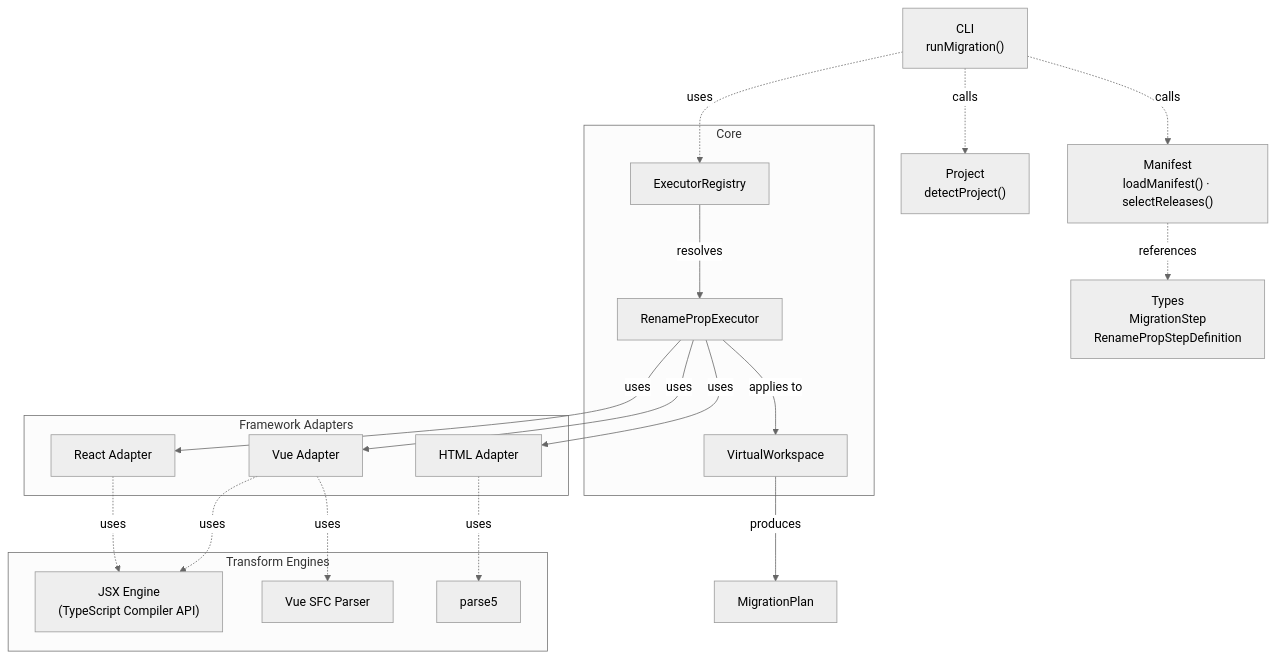
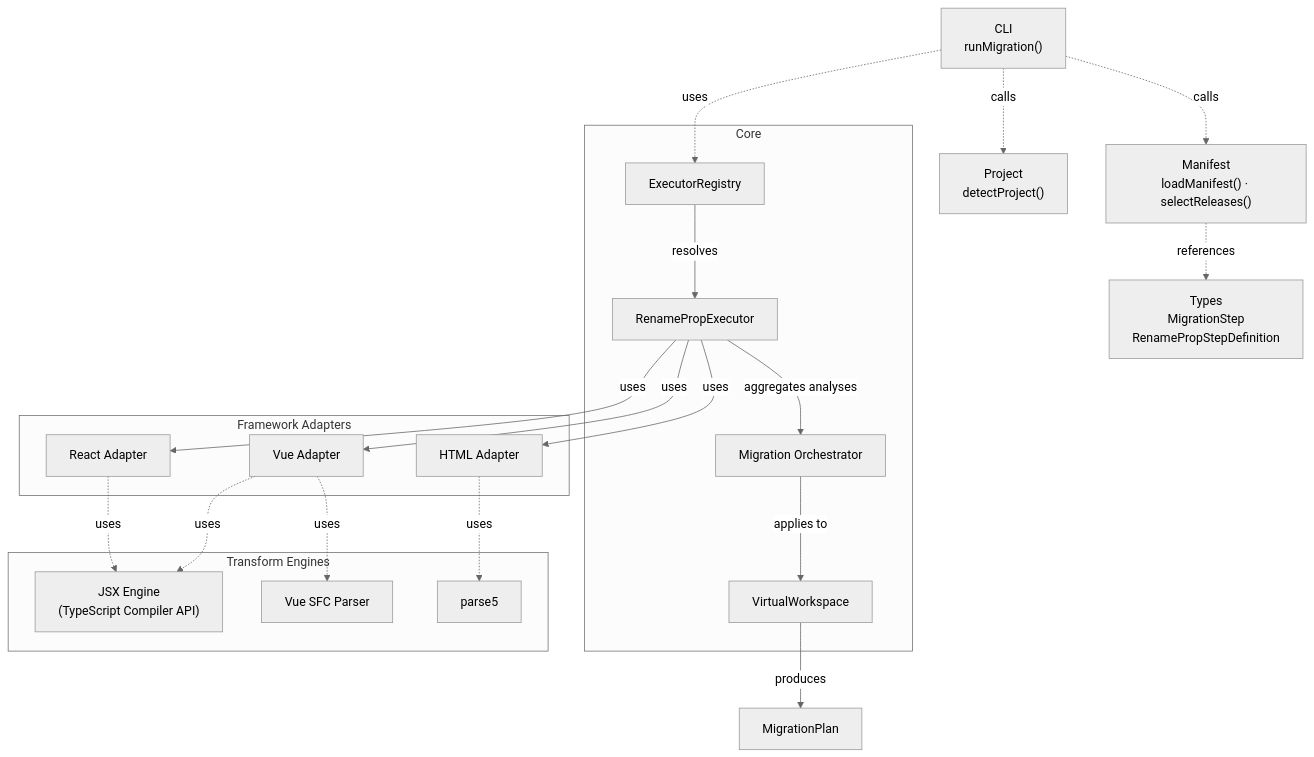
One commit to Infineon/infineon-design-system-stencil changed the first of 2 diagrams in packages/migrations/DOCS.md. Above: the diagram before and after it, drawn with Mermaid (neutral theme). The commit also changed other lines of this file and 8 other files, not shown here.

First line of the commit message:
feat(migrations): enhance migration process with orchestrator and refined diagnostics

````diff
--- a/packages/migrations/DOCS.md
+++ b/packages/migrations/DOCS.md
@@ -25,44 +28,46 @@
 ```mermaid
 flowchart TD
     CLI["CLI\nrunMigration()"]
     Manifest["Manifest\nloadManifest() · selectReleases()"]
     Project["Project\ndetectProject()"]
     Types["Types\nMigrationStep\nRenamePropStepDefinition"]
 
     subgraph core["Core"]
         Registry["ExecutorRegistry"]
         Executor["RenamePropExecutor"]
+        Orchestrator["Migration Orchestrator"]
         Workspace["VirtualWorkspace"]
     end
 
     subgraph adapters["Framework Adapters"]
         HTML["HTML Adapter"]
         React["React Adapter"]
         Vue["Vue Adapter"]
     end
 
     subgraph engines["Transform Engines"]
         JSX["JSX Engine\n(TypeScript Compiler API)"]
         VueSFC["Vue SFC Parser"]
         Parse5["parse5"]
     end
 
     CLI -.->|calls| Manifest
     CLI -.->|calls| Project
     CLI -.->|uses| Registry
 
     Registry -->|resolves| Executor
     Executor -->|uses| HTML
     Executor -->|uses| React
     Executor -->|uses| Vue
 
     HTML -.->|uses| Parse5
     React -.->|uses| JSX
     Vue  -.->|uses| JSX
     Vue  -.->|uses| VueSFC
 
-    Executor -->|applies to| Workspace
+    Executor -->|aggregates analyses| Orchestrator
+    Orchestrator -->|applies to| Workspace
     Workspace -->|produces| Plan["MigrationPlan"]
 
     Manifest -.->|references| Types
 ```
````
